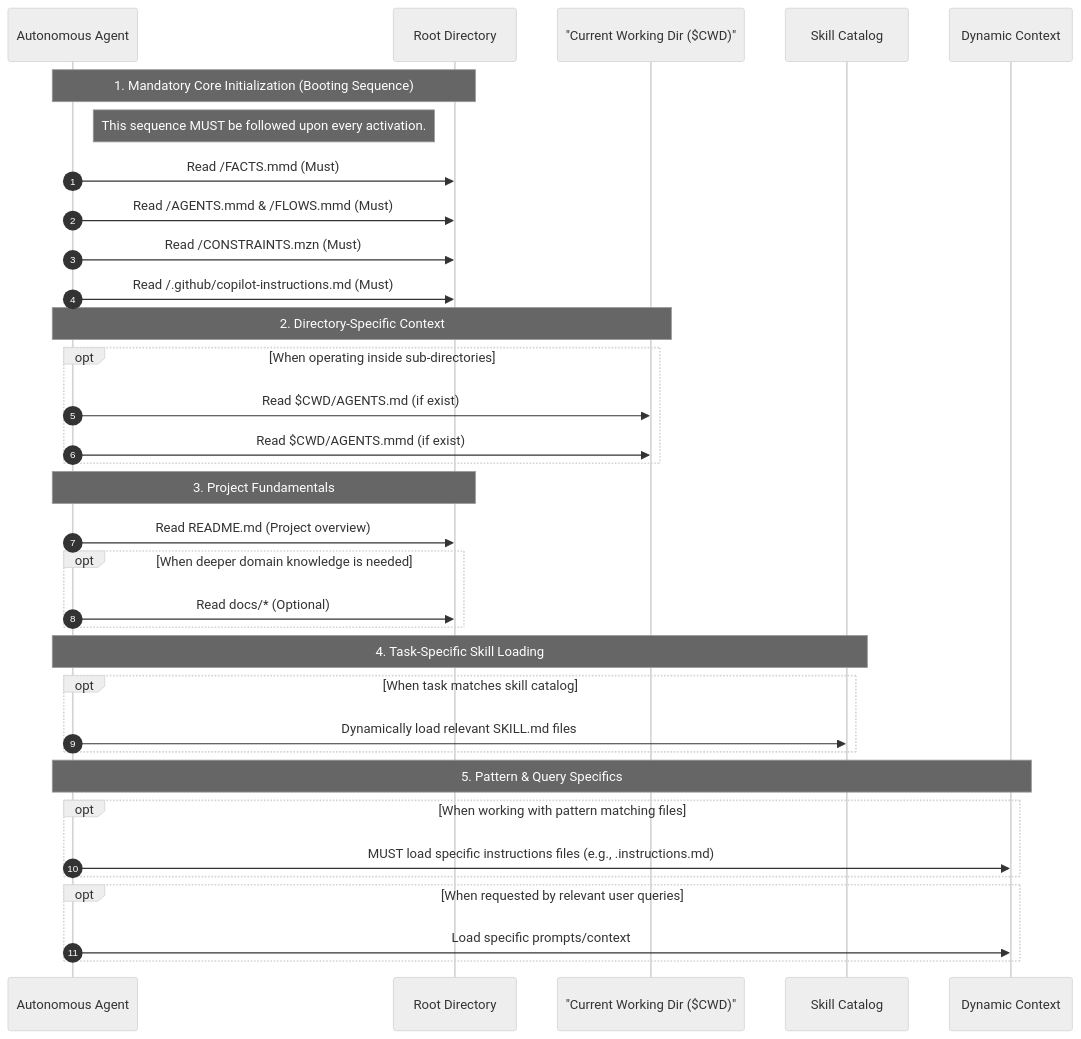
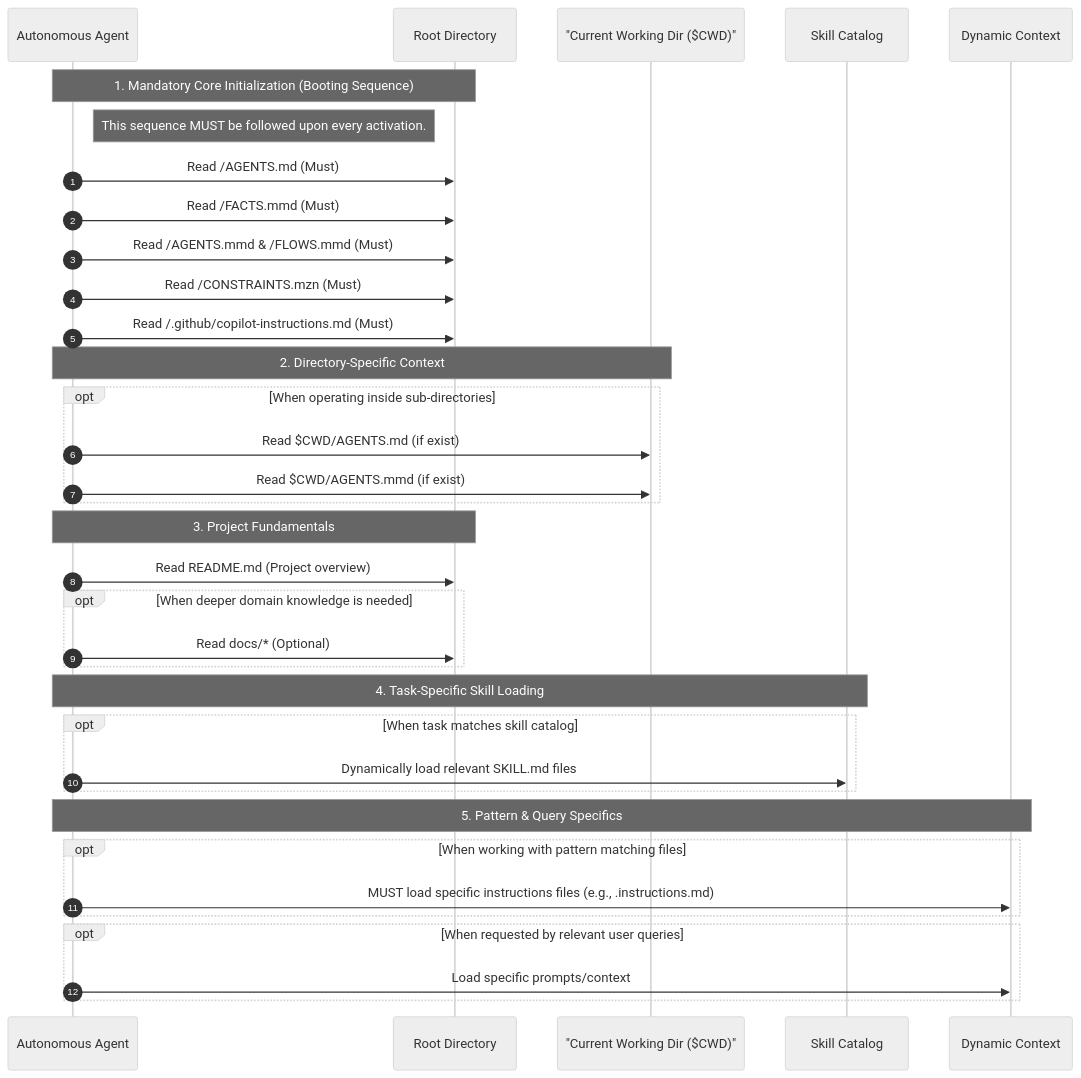
Before and after one commit to Cogni-AI-OU/cogni-ai-agents: the diagram in AGENTS.mmd, drawn with Mermaid (neutral theme). The commit also changed 6 other files, not shown here.

```diff
--- a/AGENTS.mmd
+++ b/AGENTS.mmd
@@ -1,41 +1,42 @@
 sequenceDiagram
     autonumber
     participant Agent as Autonomous Agent
     participant Root as Root Directory
     participant CWD as "Current Working Dir ($CWD)"
     participant Skills as Skill Catalog
     participant Context as Dynamic Context
 
     Note over Agent,Root: 1. Mandatory Core Initialization (Booting Sequence)
     Note right of Agent: This sequence MUST be followed upon every activation.
+    Agent->>Root: Read /AGENTS.md (Must)
     Agent->>Root: Read /FACTS.mmd (Must)
     Agent->>Root: Read /AGENTS.mmd & /FLOWS.mmd (Must)
     Agent->>Root: Read /CONSTRAINTS.mzn (Must)
     Agent->>Root: Read /.github/copilot-instructions.md (Must)
 
     Note over Agent,CWD: 2. Directory-Specific Context
     opt When operating inside sub-directories
         Agent->>CWD: Read $CWD/AGENTS.md (if exist)
         Agent->>CWD: Read $CWD/AGENTS.mmd (if exist)
     end
 
     Note over Agent,Root: 3. Project Fundamentals
     Agent->>Root: Read README.md (Project overview)
 
     opt When deeper domain knowledge is needed
         Agent->>Root: Read docs/* (Optional)
     end
 
     Note over Agent,Skills: 4. Task-Specific Skill Loading
     opt When task matches skill catalog
         Agent->>Skills: Dynamically load relevant SKILL.md files
     end
 
     Note over Agent,Context: 5. Pattern & Query Specifics
     opt When working with pattern matching files
         Agent->>Context: MUST load specific instructions files (e.g., .instructions.md)
     end
 
     opt When requested by relevant user queries
         Agent->>Context: Load specific prompts/context
     end
```
